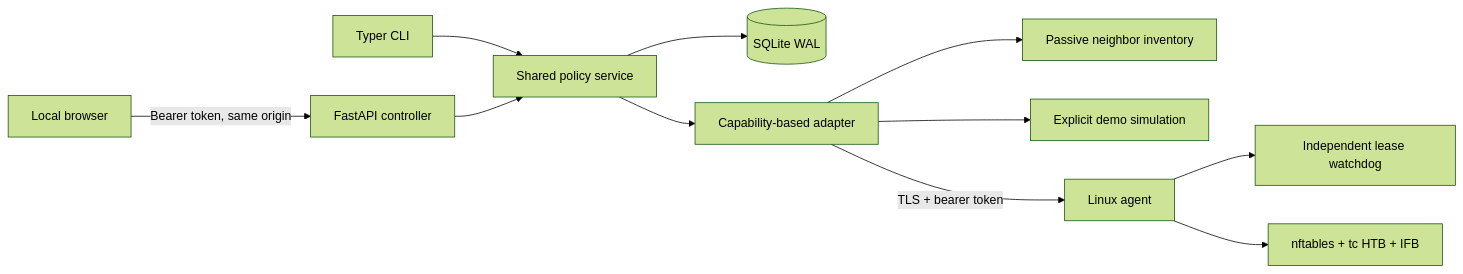
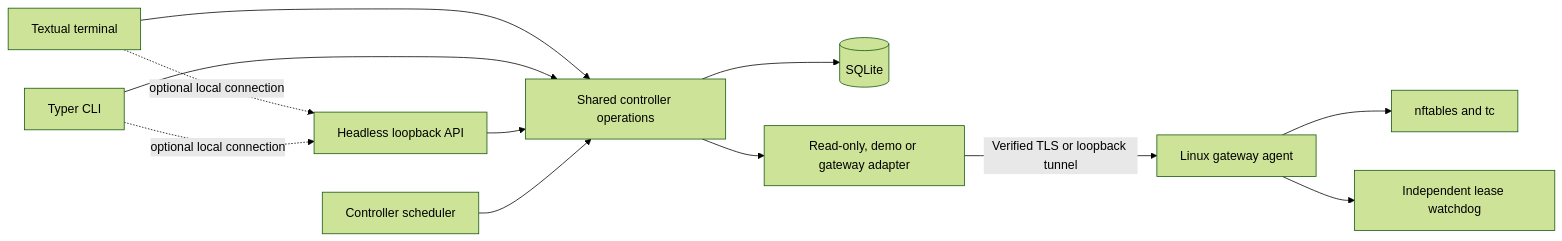
The diagram in docs/ARCHITECTURE.md (0xAldoLim/HomeLimiter), drawn with Mermaid (forest theme) before and after one commit. The commit also changed other lines of this file and 2 other files, not shown here.

Commit message:
docs: audit HomeLimiter and record terminal architecture decision

````diff
--- a/docs/ARCHITECTURE.md
+++ b/docs/ARCHITECTURE.md
@@ -3,13 +8,14 @@
 ```mermaid
 flowchart LR
-    Browser[Local browser] -->|Bearer token, same origin| Controller[FastAPI controller]
-    CLI[Typer CLI] --> ControllerService[Shared policy service]
-    Controller --> ControllerService
-    ControllerService --> SQLite[(SQLite WAL)]
-    ControllerService --> Adapter[Capability-based adapter]
-    Adapter --> ReadOnly[Passive neighbor inventory]
-    Adapter --> Mock[Explicit demo simulation]
-    Adapter -->|TLS + bearer token| Agent[Linux agent]
-    Agent --> Scheduler[Independent lease watchdog]
-    Agent --> Kernel[nftables + tc HTB + IFB]
+    TUI[Textual terminal] --> Control[Shared controller operations]
+    CLI[Typer CLI] --> Control
+    TUI -. optional local connection .-> API[Headless loopback API]
+    CLI -. optional local connection .-> API
+    API --> Control
+    Runner[Controller scheduler] --> Control
+    Control --> DB[(SQLite)]
+    Control --> Adapter[Read-only, demo or gateway adapter]
+    Adapter -->|Verified TLS or loopback tunnel| Agent[Linux gateway agent]
+    Agent --> Kernel[nftables and tc]
+    Agent --> Lease[Independent lease watchdog]
 ```
````
